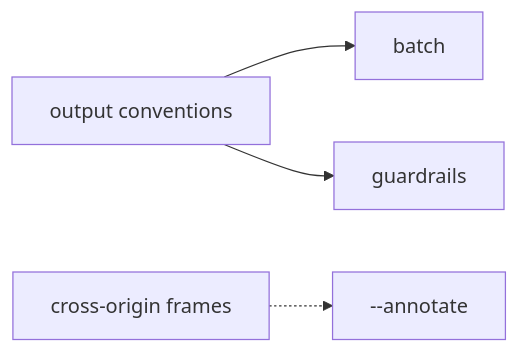
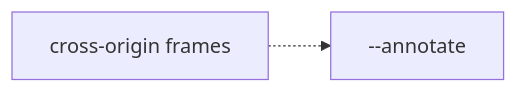
One commit to ThilinaTLM/browser-valet changed the diagram in docs/proposals/agent-browser-parity/README.md. Above: the diagram before and after it, drawn with Mermaid. The commit also changed other lines of this file and 6 other files, not shown here.

Commit message:
docs: decommission cli-output-conventions into automation.md, protocol.md and the skill

````diff
--- a/docs/proposals/agent-browser-parity/README.md
+++ b/docs/proposals/agent-browser-parity/README.md
@@ -31,6 +30,4 @@
 ```mermaid
 flowchart LR
-  OC[output conventions] --> B[batch]
-  OC --> G[guardrails]
   XF[cross-origin frames] -.-> AN[--annotate]
 ```
````
